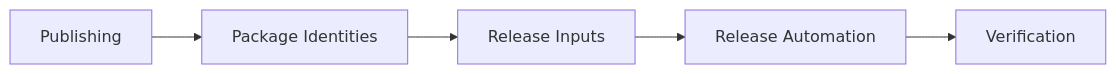
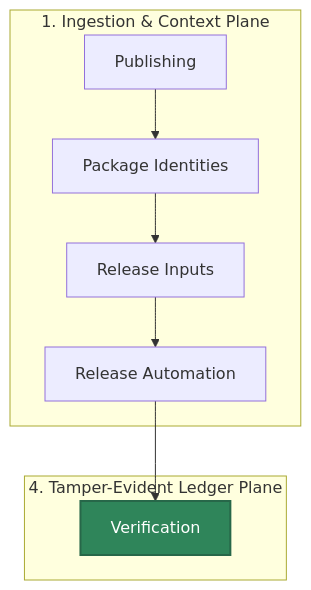
Before and after one commit to Mindburn-Labs/helm-ai-kernel: the diagram in docs/PUBLISHING.md, drawn with Mermaid. The commit also changed other lines of this file and 330 other files, not shown here.

````diff
--- a/docs/PUBLISHING.md
+++ b/docs/PUBLISHING.md
@@ -39,12 +39,22 @@
 ```mermaid
-flowchart LR
-  Page["Publishing"]
-  A["Package Identities"]
-  B["Release Inputs"]
-  C["Release Automation"]
-  D["Verification"]
-  Page --> A
-  A --> B
-  B --> C
-  C --> D
+flowchart TD
+    subgraph Ingestion["1. Ingestion & Context Plane"]
+        Page["Publishing"]
+        A["Package Identities"]
+        B["Release Inputs"]
+        C["Release Automation"]
+    end
+
+    subgraph Ledger["4. Tamper-Evident Ledger Plane"]
+        D["Verification"]
+    end
+
+    %% Operational Flow Edges
+    Page --> A
+    A --> B
+    B --> C
+    C --> D
+
+    %% Premium Styling Rules
+    style D fill:#2f855a,stroke:#276749,stroke-width:2px,color:#fff
 ```
````
